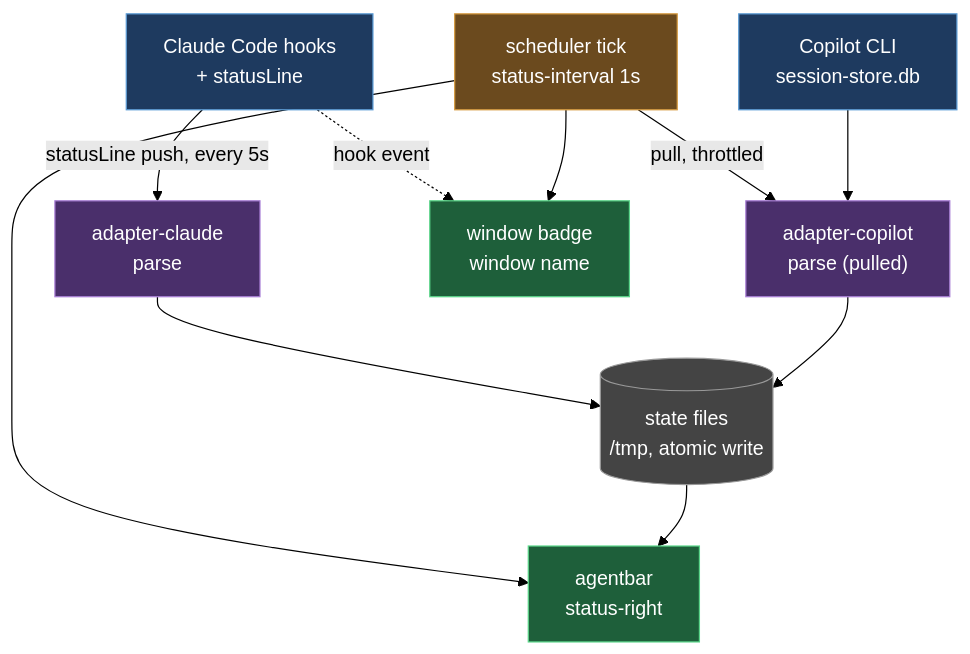
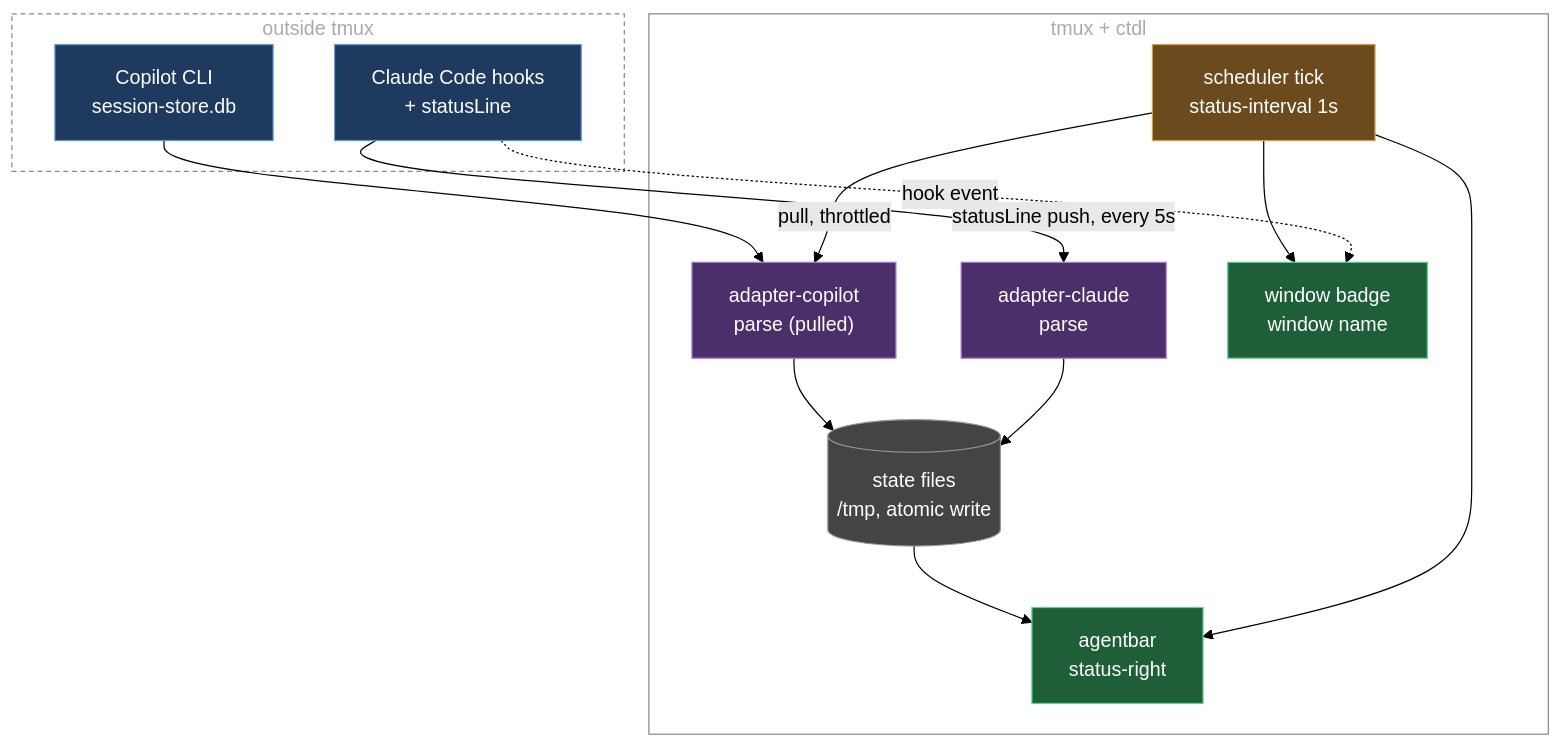
The diagram in README.md (marcintk/tmux-ctdl), drawn with Mermaid (forest theme) before and after one commit.

Commit message:
docs: group data-flow diagram into outside-tmux vs tmux+ctdl subgraphs
Scheduler tick is a tmux mechanism (status-interval), so it belongs
inside the tmux boundary alongside the adapters/state/render nodes.
Claude Code hooks and the Copilot session DB are external processes.

````diff
--- a/README.md
+++ b/README.md
@@ -111,33 +111,36 @@
 ```mermaid
 graph TD
-  claude["Claude Code hooks<br/>+ statusLine"]:::src
-  copilot["Copilot CLI<br/>session-store.db"]:::src
+  subgraph outside["outside tmux"]
+    claude["Claude Code hooks<br/>+ statusLine"]:::src
+    copilot["Copilot CLI<br/>session-store.db"]:::src
+  end
 
-  adapterClaude["adapter-claude<br/>parse"]:::adapter
-  adapterCopilot["adapter-copilot<br/>parse (pulled)"]:::adapter
-
-  state[("state files<br/>/tmp, atomic write")]:::store
-
-  tick["scheduler tick<br/>status-interval 1s"]:::sched
-
-  agentbar["agentbar<br/>status-right"]:::out
-  wintab["window badge<br/>window name"]:::out
+  subgraph ctdl["tmux + ctdl"]
+    tick["scheduler tick<br/>status-interval 1s"]:::sched
+    adapterClaude["adapter-claude<br/>parse"]:::adapter
+    adapterCopilot["adapter-copilot<br/>parse (pulled)"]:::adapter
+    state[("state files<br/>/tmp, atomic write")]:::store
+    agentbar["agentbar<br/>status-right"]:::out
+    wintab["window badge<br/>window name"]:::out
+  end
 
   claude -- statusLine push, every 5s --> adapterClaude
   tick -- pull, throttled --> adapterCopilot
   copilot --> adapterCopilot
 
   adapterClaude --> state
   adapterCopilot --> state
   claude -. hook event .-> wintab
 
   tick --> agentbar
   tick --> wintab
   state --> agentbar
 
   classDef src fill:#1e3a5f,stroke:#5b9bd5,color:#fff
   classDef adapter fill:#4a2f6b,stroke:#a97fd6,color:#fff
   classDef store fill:#444,stroke:#999,color:#fff
   classDef sched fill:#6b4a1e,stroke:#d69a3f,color:#fff
   classDef out fill:#1e5f3a,stroke:#5bd68a,color:#fff
+  style outside fill:none,stroke:#888,stroke-dasharray:4 3,color:#aaa
+  style ctdl fill:none,stroke:#888,color:#aaa
 ```
````
